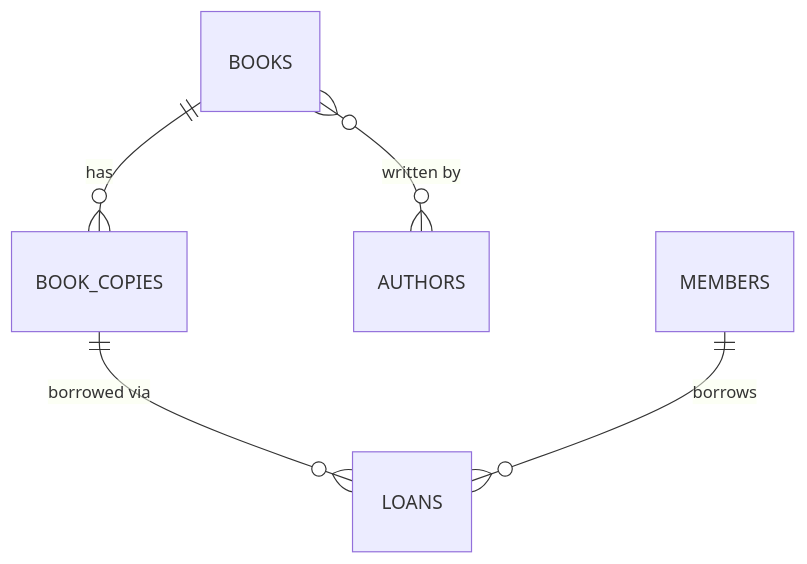
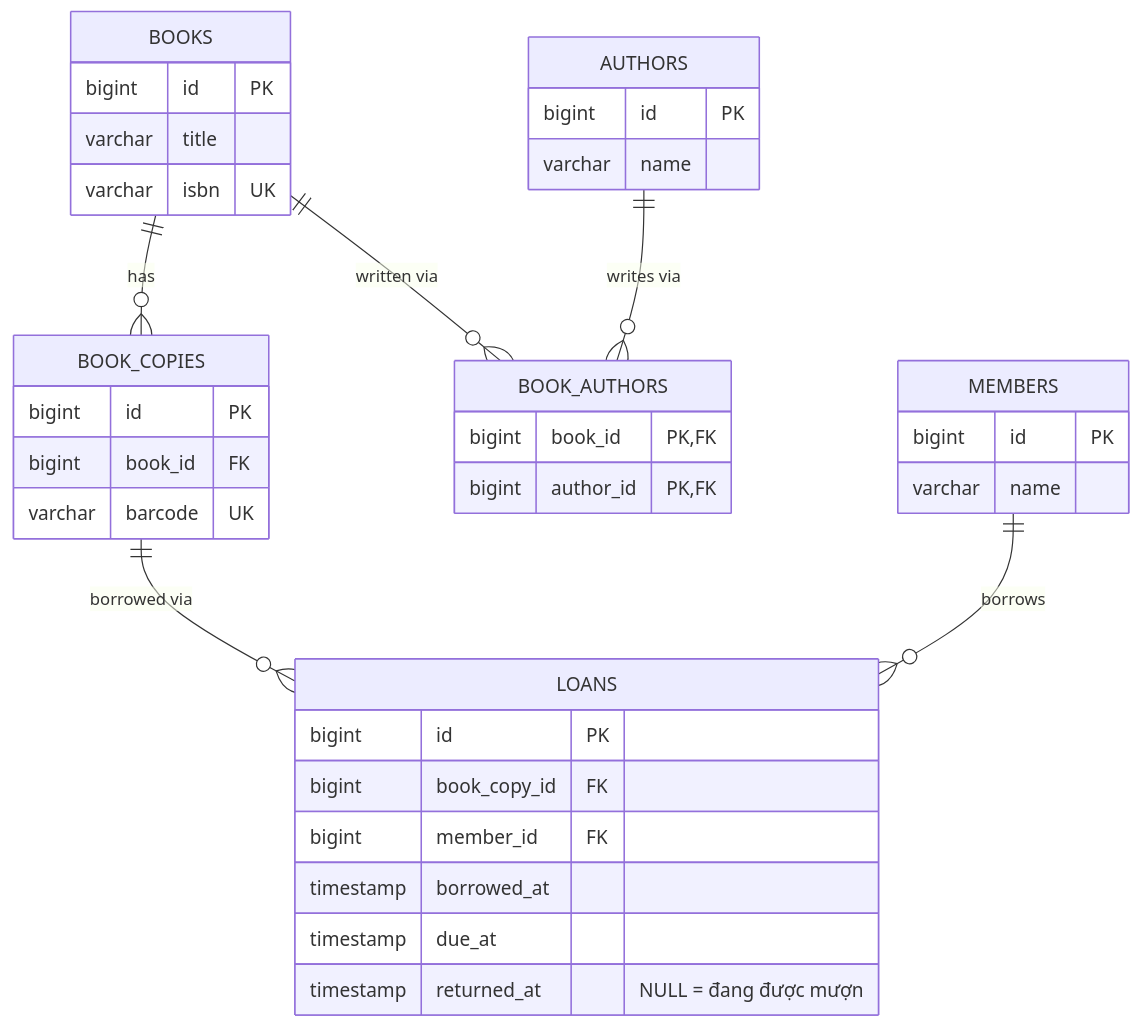
One commit to JeDTr/learning changed the diagram in backend/database/rdbms/use-cases/02-library-loan/README.md. Above: the diagram before and after it, drawn with Mermaid. The commit also changed 19 other files, not shown here.

First line of the commit message:
Flesh out RDBMS use-case examples: full schema + detailed ERDs

````diff
--- a/backend/database/rdbms/use-cases/02-library-loan/README.md
+++ b/backend/database/rdbms/use-cases/02-library-loan/README.md
@@ -5,7 +5,39 @@
 ```mermaid
 erDiagram
     BOOKS ||--o{ BOOK_COPIES : has
-    BOOKS }o--o{ AUTHORS : "written by"
+    BOOKS ||--o{ BOOK_AUTHORS : "written via"
+    AUTHORS ||--o{ BOOK_AUTHORS : "writes via"
     BOOK_COPIES ||--o{ LOANS : "borrowed via"
     MEMBERS ||--o{ LOANS : borrows
+
+    AUTHORS {
+        bigint id PK
+        varchar name
+    }
+    BOOKS {
+        bigint id PK
+        varchar title
+        varchar isbn UK
+    }
+    BOOK_AUTHORS {
+        bigint book_id PK, FK
+        bigint author_id PK, FK
+    }
+    BOOK_COPIES {
+        bigint id PK
+        bigint book_id FK
+        varchar barcode UK
+    }
+    MEMBERS {
+        bigint id PK
+        varchar name
+    }
+    LOANS {
+        bigint id PK
+        bigint book_copy_id FK
+        bigint member_id FK
+        timestamp borrowed_at
+        timestamp due_at
+        timestamp returned_at "NULL = đang được mượn"
+    }
 ```
````
